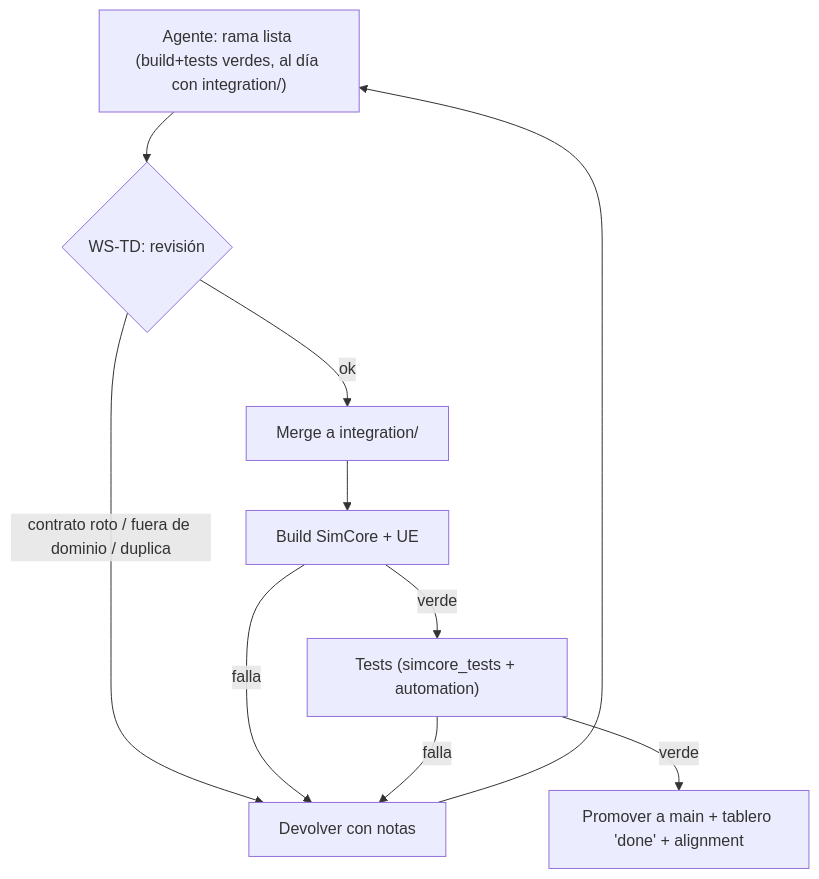
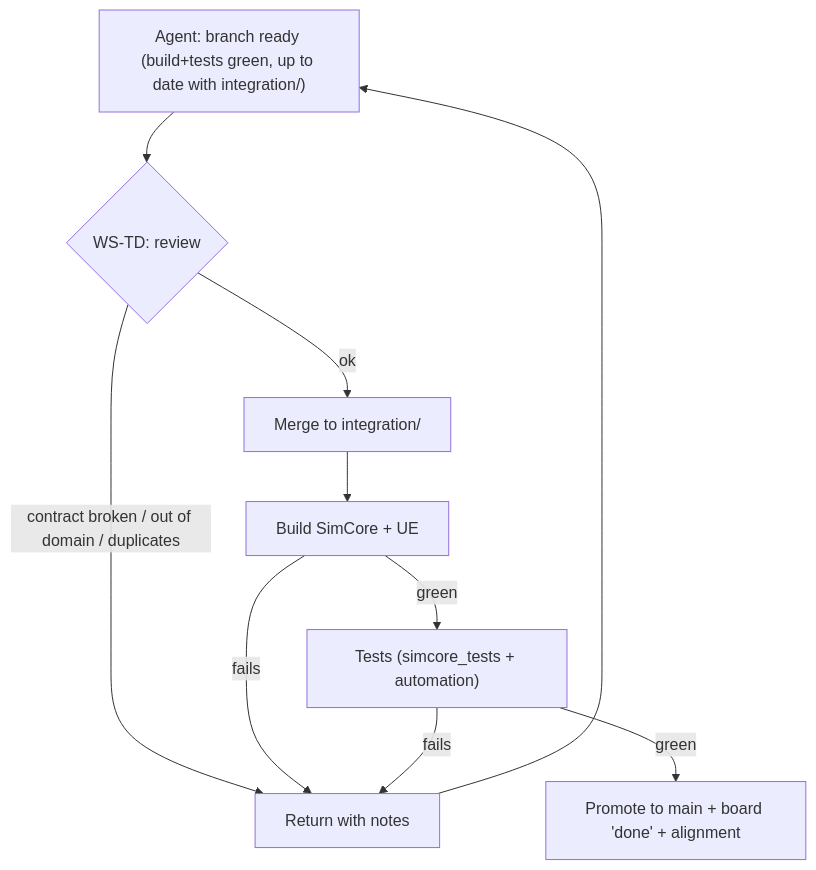
Before and after one commit to guidoalloatti/civilizations-evolution-doc: the diagram in INTEGRATION_STRATEGY.md, drawn with Mermaid. The commit also changed other lines of this file and 47 other files, not shown here.

````diff
--- a/INTEGRATION_STRATEGY.md
+++ b/INTEGRATION_STRATEGY.md
@@ -23,11 +23,11 @@
 ```mermaid
 flowchart TB
-    A["Agente: rama lista (build+tests verdes, al día con integration/)"] --> B{"WS-TD: revisión"}
-    B -->|contrato roto / fuera de dominio / duplica| R["Devolver con notas"] --> A
-    B -->|ok| C["Merge a integration/<repo>"]
+    A["Agent: branch ready (build+tests green, up to date with integration/)"] --> B{"WS-TD: review"}
+    B -->|contract broken / out of domain / duplicates| R["Return with notes"] --> A
+    B -->|ok| C["Merge to integration/<repo>"]
     C --> D["Build SimCore + UE"]
-    D -->|falla| R
-    D -->|verde| E["Tests (simcore_tests + automation)"]
-    E -->|falla| R
-    E -->|verde| F["Promover a main + tablero 'done' + alignment"]
+    D -->|fails| R
+    D -->|green| E["Tests (simcore_tests + automation)"]
+    E -->|fails| R
+    E -->|green| F["Promote to main + board 'done' + alignment"]
 ```
````
